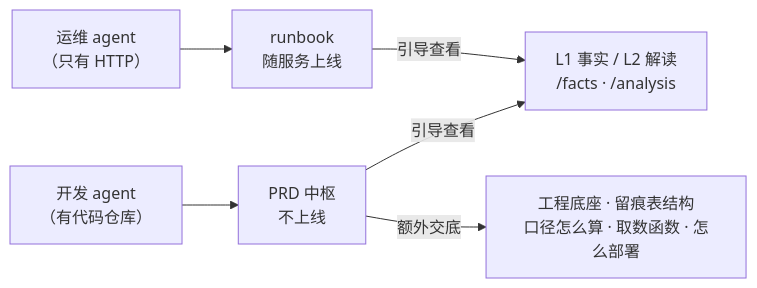
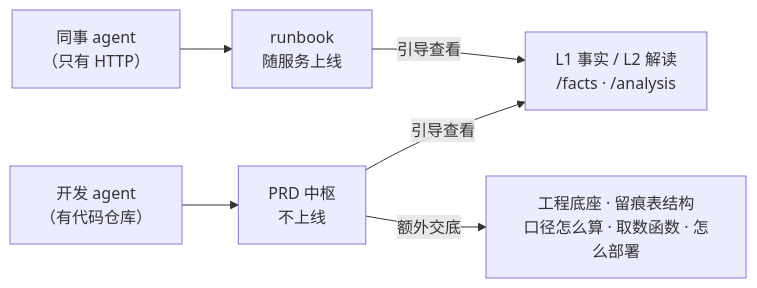
One commit to liuhetian/wiki changed the second of 3 diagrams in docs/posts/prediction-loop.md. Above: the diagram before and after it, drawn with Mermaid. The commit also changed other lines of this file and 3 other files, not shown here.

````diff
--- a/docs/posts/prediction-loop.md
+++ b/docs/posts/prediction-loop.md
@@ -71,8 +75,8 @@
 ```mermaid
 graph LR
-    oa["运维 agent<br/>（只有 HTTP）"] --> rb["runbook<br/>随服务上线"]
+    oa["同事 agent<br/>（只有 HTTP）"] --> rb["runbook<br/>随服务上线"]
     da["开发 agent<br/>（有代码仓库）"] --> p["PRD 中枢<br/>不上线"]
     rb -->|引导查看| s["L1 事实 / L2 解读<br/>/facts · /analysis"]
     p -->|引导查看| s
     p -->|额外交底| impl["工程底座 · 留痕表结构<br/>口径怎么算 · 取数函数 · 怎么部署"]
 ```
````
